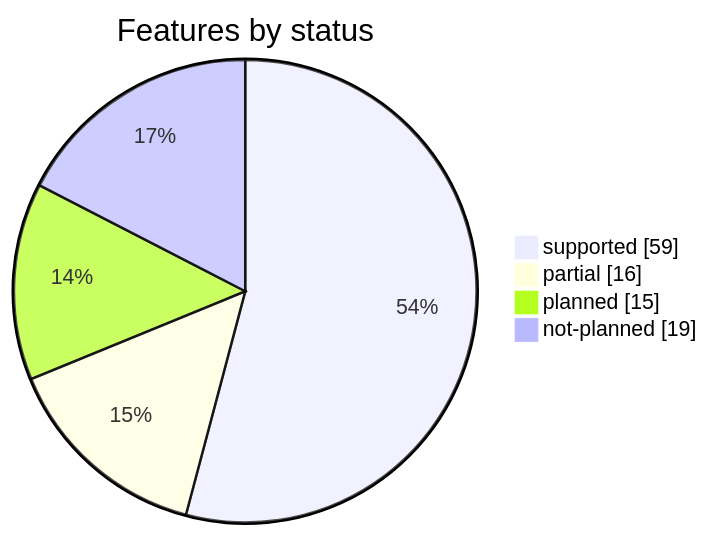
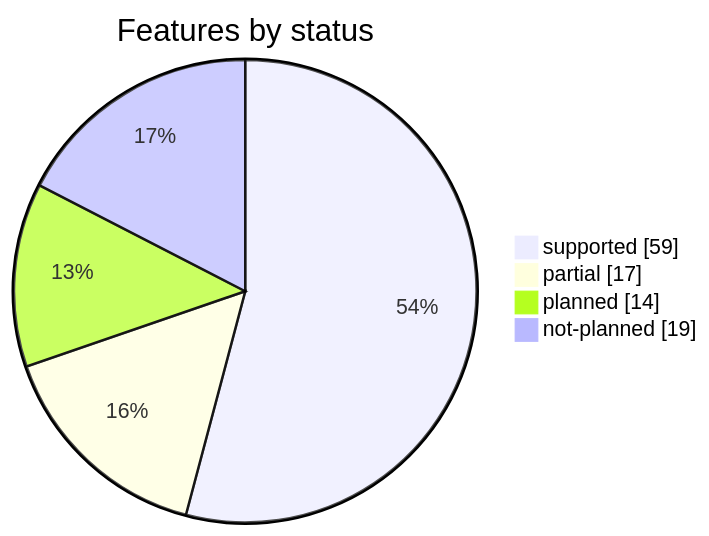
One commit to rafaelvieiras/tinyfin changed the second of 2 diagrams in docs/COVERAGE.md. Above: the diagram before and after it, drawn with Mermaid. The commit also changed other lines of this file and 30 other files, not shown here.

````diff
--- a/docs/COVERAGE.md
+++ b/docs/COVERAGE.md
@@ -45,7 +45,7 @@
 ```mermaid
 pie showData title Features by status
     "supported" : 59
-    "partial" : 16
-    "planned" : 15
+    "partial" : 17
+    "planned" : 14
     "not-planned" : 19
 ```
````
